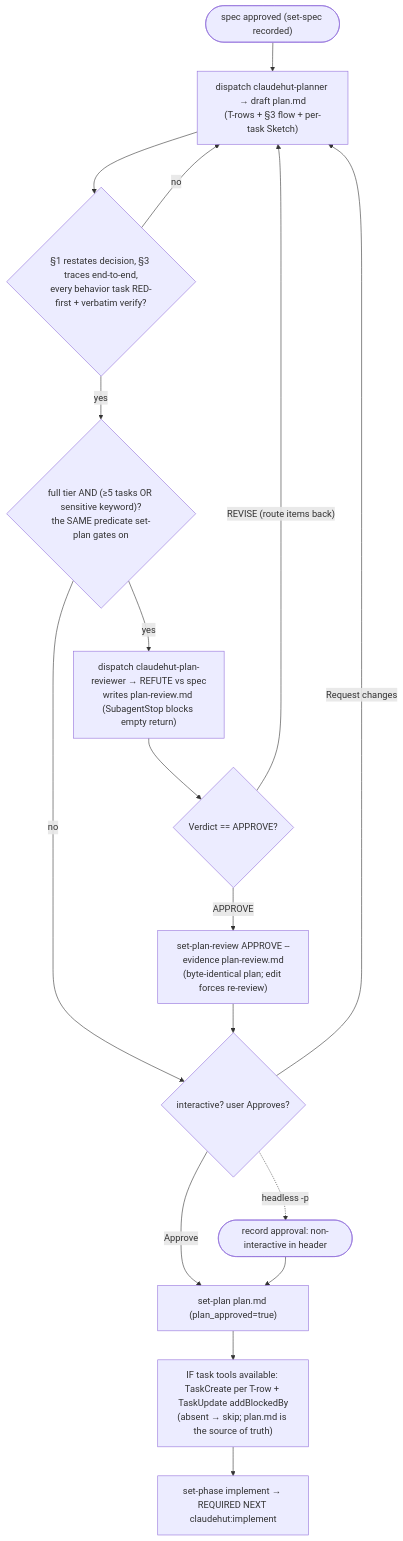
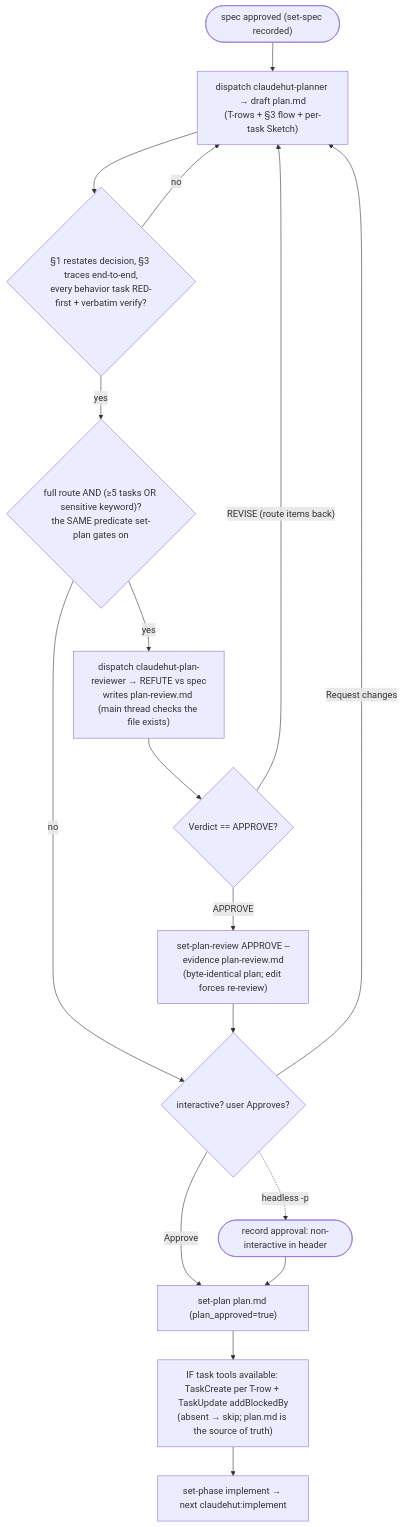
One commit to taipt1504/claudehut changed the diagram in skills/write-plan/SKILL.md. Above: the diagram before and after it, drawn with Mermaid. The commit also changed other lines of this file and 51 other files, not shown here.

````diff
--- a/skills/write-plan/SKILL.md
+++ b/skills/write-plan/SKILL.md
@@ -14,19 +14,19 @@
 ```mermaid
 flowchart TB
     s(["spec approved (set-spec recorded)"]) --> draft["dispatch claudehut-planner → draft plan.md<br/>(T-rows + §3 flow + per-task Sketch)"]
     draft --> check{"§1 restates decision, §3 traces end-to-end,<br/>every behavior task RED-first + verbatim verify?"}
     check -- "no" --> draft
-    check -- "yes" --> smart{"full tier AND (≥5 tasks OR sensitive keyword)?<br/>the SAME predicate set-plan gates on"}
+    check -- "yes" --> smart{"full route AND (≥5 tasks OR sensitive keyword)?<br/>the SAME predicate set-plan gates on"}
     smart -- "no" --> ask
-    smart -- "yes" --> rev["dispatch claudehut-plan-reviewer → REFUTE vs spec<br/>writes plan-review.md (SubagentStop blocks empty return)"]
+    smart -- "yes" --> rev["dispatch claudehut-plan-reviewer → REFUTE vs spec<br/>writes plan-review.md (main thread checks the file exists)"]
     rev --> verdict{"Verdict == APPROVE?"}
     verdict -- "REVISE (route items back)" --> draft
     verdict -- "APPROVE" --> record["set-plan-review APPROVE --evidence plan-review.md<br/>(byte-identical plan; edit forces re-review)"]
     record --> ask{"interactive? user Approves?"}
     ask -- "Request changes" --> draft
     ask -. "headless -p" .-> bypass(["record approval: non-interactive in header"])
     ask -- "Approve" --> setplan["set-plan plan.md (plan_approved=true)"]
     bypass --> setplan
     setplan --> mirror["IF task tools available: TaskCreate per T-row + TaskUpdate addBlockedBy<br/>(absent → skip; plan.md is the source of truth)"]
-    mirror --> phase["set-phase implement → REQUIRED NEXT claudehut:implement"]
+    mirror --> phase["set-phase implement → next claudehut:implement"]
 ```
````
